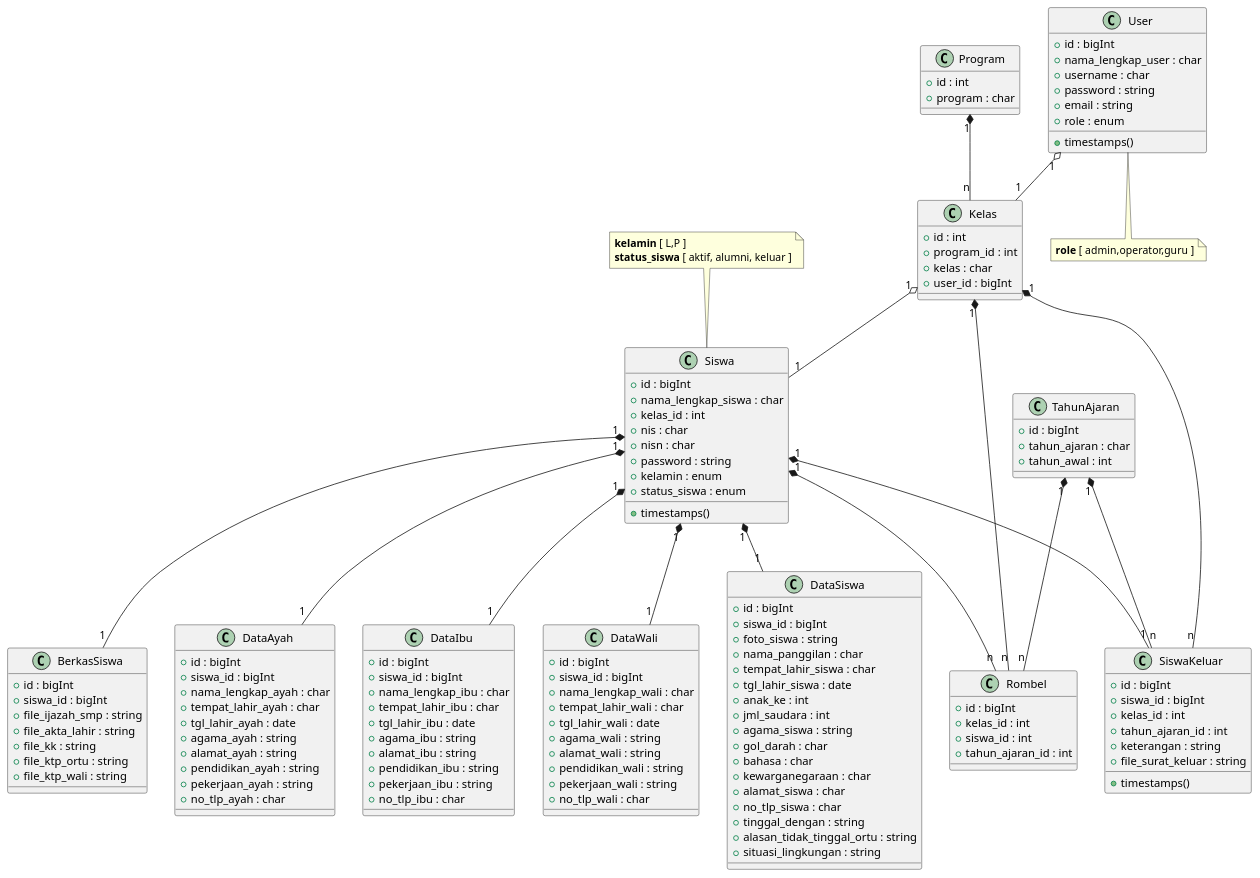
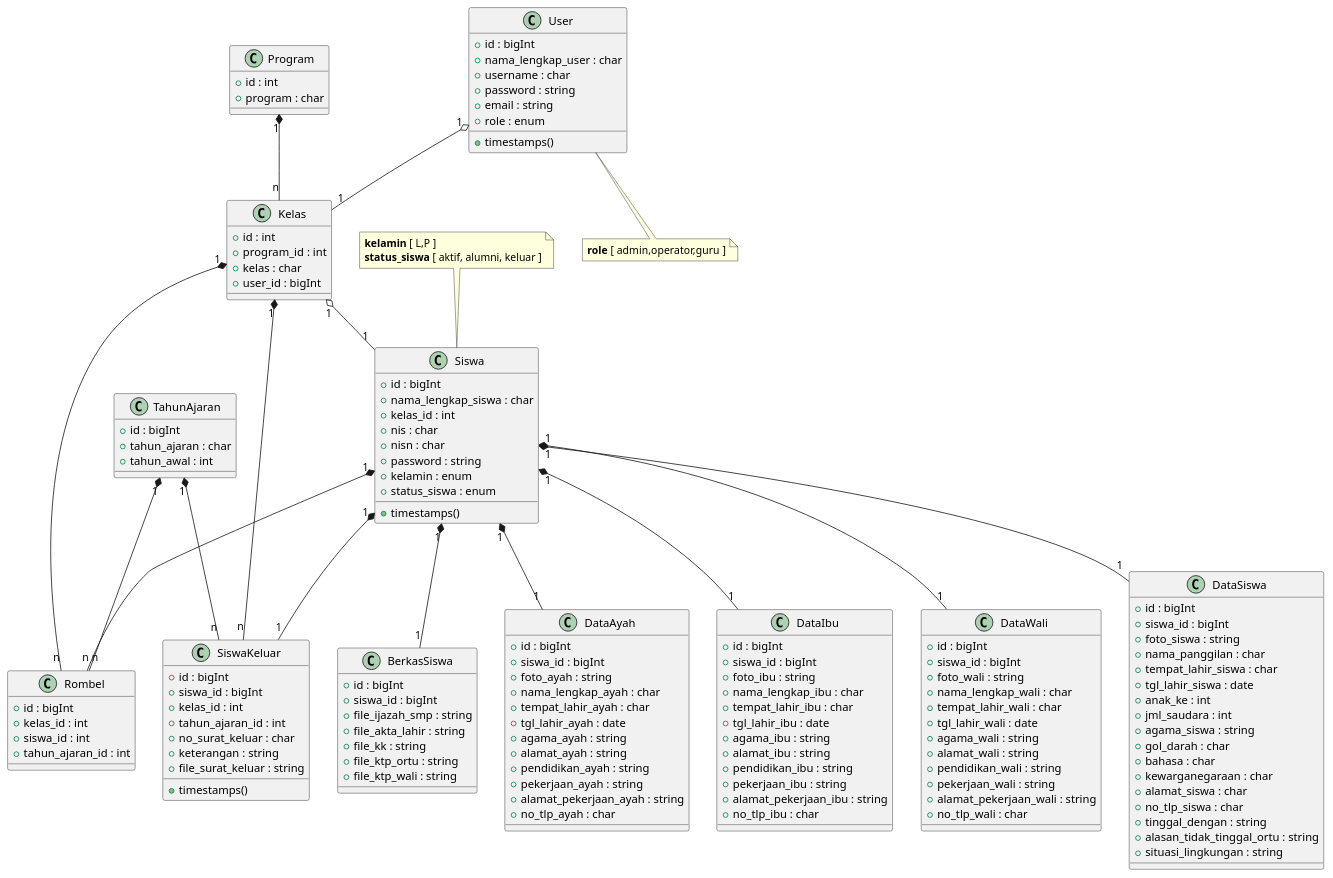
Before and after one commit to aldhix/bukdis: the diagram in diagram_class.plantuml, drawn with PlantUML. The commit also changed 1 other file, not shown here.

Commit message:
Diagram Database

```diff
--- a/diagram_class.plantuml
+++ b/diagram_class.plantuml
@@ -1,157 +1,165 @@
 @startuml Bukdis V.2
 
 class User {
     + id : bigInt
     + nama_lengkap_user : char
     + username : char
     + password : string
     + email : string
     + role : enum
     + timestamps()
 }
 
+class Program{
+    + id : int
+    + program : char
+}
+
+class Kelas{
+    + id : int
+    + program_id : int
+    + kelas : char
+    + user_id : bigInt
+}
+
+class TahunAjaran {
+    + id : bigInt
+    + tahun_ajaran : char 
+    + tahun_awal : int
+}
+
 class Siswa{
     + id : bigInt
     + nama_lengkap_siswa : char
     + kelas_id : int
     + nis : char
     + nisn : char
     + password : string
     + kelamin : enum
     + status_siswa : enum
+    + timestamps()
+}
+
+class Rombel {
+    + id : bigInt
+    + kelas_id : int
+    + siswa_id : int
+    + tahun_ajaran_id : int
+}
+
+Class SiswaKeluar {
+    + id : bigInt
+    + siswa_id : bigInt
+    + kelas_id : int
+    + tahun_ajaran_id : int
+    + no_surat_keluar : char
+    + keterangan : string
+    + file_surat_keluar : string
     + timestamps()
 }
 
 class DataSiswa {
     + id : bigInt
     + siswa_id : bigInt
     + foto_siswa : string
     + nama_panggilan : char
     + tempat_lahir_siswa : char
     + tgl_lahir_siswa : date
     + anak_ke : int
     + jml_saudara : int
     + agama_siswa : string
     + gol_darah : char
     + bahasa : char
     + kewarganegaraan : char
     + alamat_siswa : char
     + no_tlp_siswa : char
     + tinggal_dengan : string
     + alasan_tidak_tinggal_ortu : string
     + situasi_lingkungan : string
 }
 
 class BerkasSiswa {
     + id : bigInt
     + siswa_id : bigInt
     + file_ijazah_smp : string
     + file_akta_lahir : string
     + file_kk : string
     + file_ktp_ortu : string
     + file_ktp_wali : string
 }
 
 class DataAyah {
     + id : bigInt
     + siswa_id : bigInt
+    + foto_ayah : string
     + nama_lengkap_ayah : char
     + tempat_lahir_ayah : char
     + tgl_lahir_ayah : date
     + agama_ayah : string
     + alamat_ayah : string
     + pendidikan_ayah : string
     + pekerjaan_ayah : string
+    + alamat_pekerjaan_ayah : string
     + no_tlp_ayah : char
 }
 
 class DataIbu {
     + id : bigInt
     + siswa_id : bigInt
+    + foto_ibu : string
     + nama_lengkap_ibu : char
     + tempat_lahir_ibu : char
     + tgl_lahir_ibu : date
     + agama_ibu : string
     + alamat_ibu : string
     + pendidikan_ibu : string
     + pekerjaan_ibu : string
+    + alamat_pekerjaan_ibu : string
     + no_tlp_ibu : char
 }
 
 class DataWali {
     + id : bigInt
     + siswa_id : bigInt
+    + foto_wali : string
     + nama_lengkap_wali : char
     + tempat_lahir_wali : char
     + tgl_lahir_wali : date
     + agama_wali : string
     + alamat_wali : string
     + pendidikan_wali : string
     + pekerjaan_wali : string
+    + alamat_pekerjaan_wali : string
     + no_tlp_wali : char
 }
 
-class Program{
-    + id : int
-    + program : char
-}
-
-class Kelas{
-    + id : int
-    + program_id : int
-    + kelas : char
-    + user_id : bigInt
-}
-
-class TahunAjaran {
-    + id : bigInt
-    + tahun_ajaran : char 
-    + tahun_awal : int
-}
-
-class Rombel {
-    + id : bigInt
-    + kelas_id : int
-    + siswa_id : int
-    + tahun_ajaran_id : int
-}
-
-Class SiswaKeluar {
-    + id : bigInt
-    + siswa_id : bigInt
-    + kelas_id : int
-    + tahun_ajaran_id : int
-    + keterangan : string
-    + file_surat_keluar : string
-    + timestamps()
-}
 
 User "1" o-- "1" Kelas
 Program "1" *-- "n" Kelas
 
 Kelas "1" o-- "1" Siswa
 Kelas "1" *-- "n" Rombel
 
 TahunAjaran "1" *-- "n" Rombel
 
 Siswa "1" *-- "1" DataSiswa
 Siswa "1" *-- "1" BerkasSiswa
 Siswa "1" *-- "1" DataAyah
 Siswa "1" *-- "1" DataIbu
 Siswa "1" *-- "1" DataWali
 Siswa "1" *-- "n" Rombel
 
 Siswa "1" *-- "1" SiswaKeluar
 Kelas "1" *-- "n" SiswaKeluar
 TahunAjaran "1" *-- "n" SiswaKeluar
 
 note bottom of User 
 <b>role</b> [ admin,operator,guru ]
 end note
 
 note top of Siswa 
 <b>kelamin</b> [ L,P ]
 <b>status_siswa</b> [ aktif, alumni, keluar ]
 end note
 
 @enduml
```
